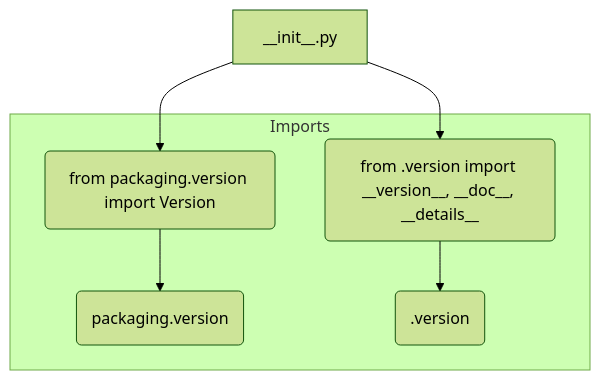
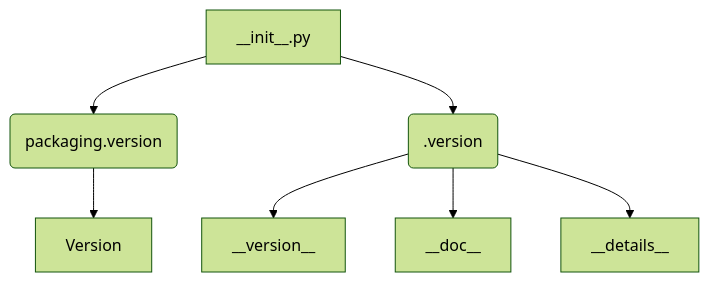
Before and after one commit to hypo69/hypo: the diagram in docs/gemini/ru/explainer/src/category/_examples/__init__.md, drawn with Mermaid (forest theme). The commit also changed other lines of this file and 632 other files, not shown here.

````diff
--- a/docs/gemini/ru/explainer/src/category/_examples/__init__.md
+++ b/docs/gemini/ru/explainer/src/category/_examples/__init__.md
@@ -60,11 +75,9 @@
 ```mermaid
 graph TD
-    A[__init__.py] --> B(from packaging.version import Version);
-    A --> C(from .version import __version__, __doc__, __details__);
-    
-    subgraph Imports
-        B --> D(packaging.version)
-        C --> E(.version)
-        
-    end
+    A[__init__.py] --> B(packaging.version);
+    A --> C(.version);
+    B --> D[Version];
+    C --> E[__version__];
+    C --> F[__doc__];
+    C --> G[__details__];
 ```
````
